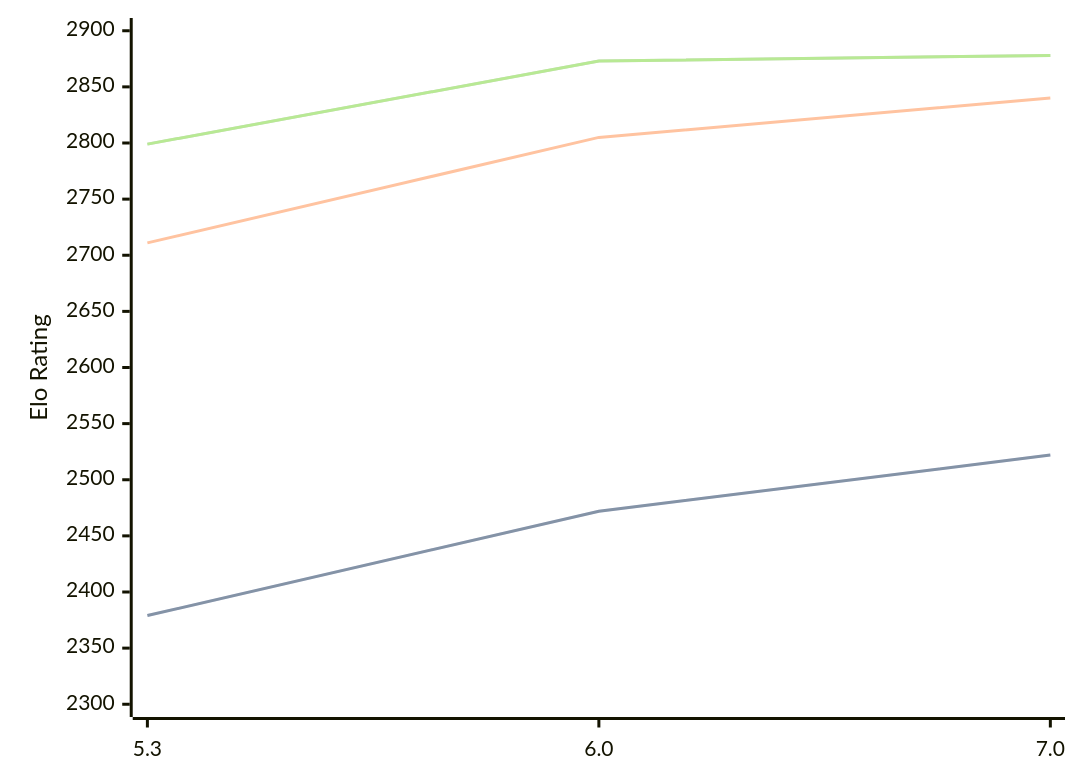
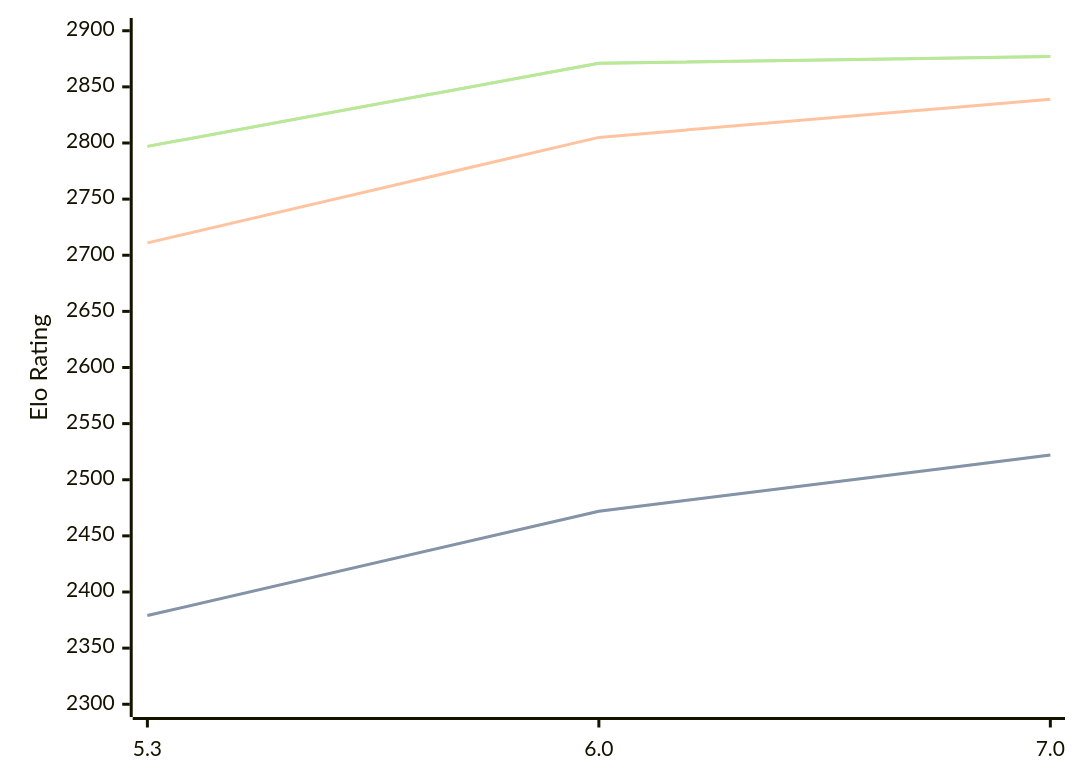
One commit to computer-chess-index/cci changed the diagram in engines/tomitankChess.md. Above: the diagram before and after it, drawn with Mermaid. The commit also changed other lines of this file, not shown here.

Commit message:
Update CCI Ratings (ELO VLTC) - 2026-07-27

````diff
--- a/engines/tomitankChess.md
+++ b/engines/tomitankChess.md
@@ -41,11 +41,11 @@
 ```mermaid
 %%{init: {"theme":"base","themeVariables":{"seriesColors:['#a3a3a3','#222221','#faa371']}}}%%
 xychart-beta
   x-axis ["5.3", "6.0", "7.0"]
   y-axis "Elo Rating" 2300 --> 2900
   line "STC (8.0+0.08s)" [2379, 2472, 2522]
   line "STC (8.0+0.08s)" [2379, 2472, 2522]
-  line "LTC (60.0+0.60s)" [2711, 2805, 2840]
-  line "VLTC (2m24s+1.12s)" [2799, 2873, 2878]
-  line "VLTC (2m24s+1.12s)" [2799, 2873, 2878]
+  line "LTC (60.0+0.60s)" [2711, 2805, 2839]
+  line "VLTC (2m24s+1.12s)" [2797, 2871, 2877]
+  line "VLTC (2m24s+1.12s)" [2797, 2871, 2877]
 ```
````
